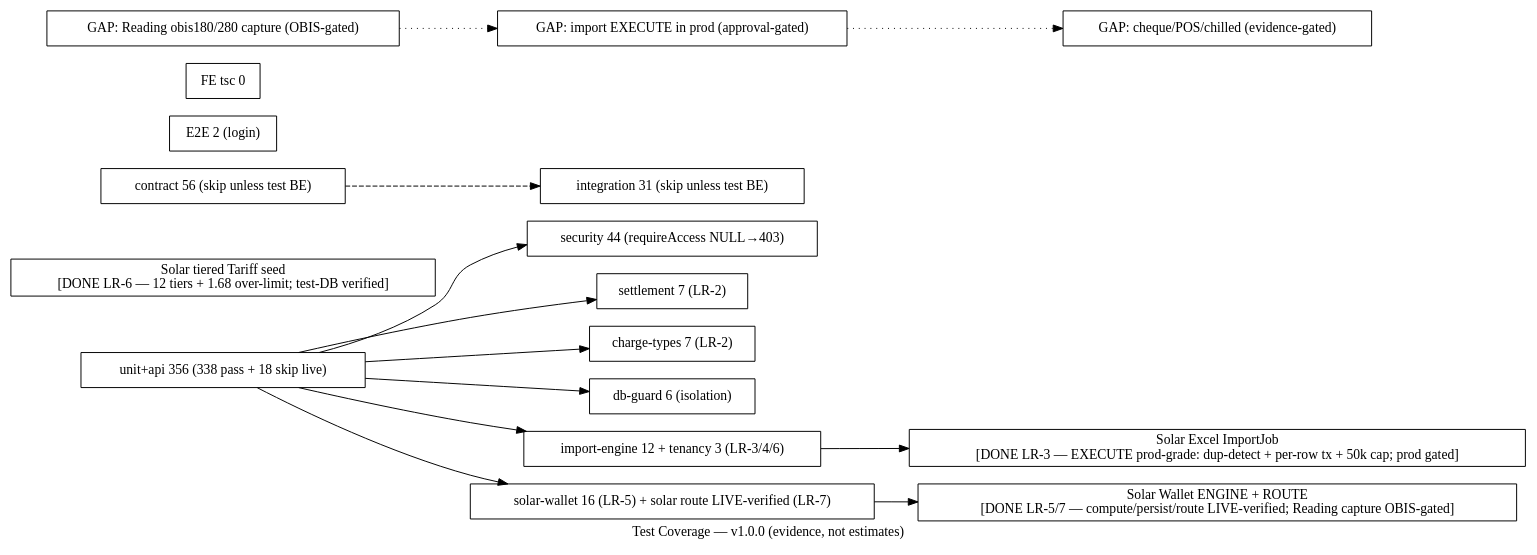
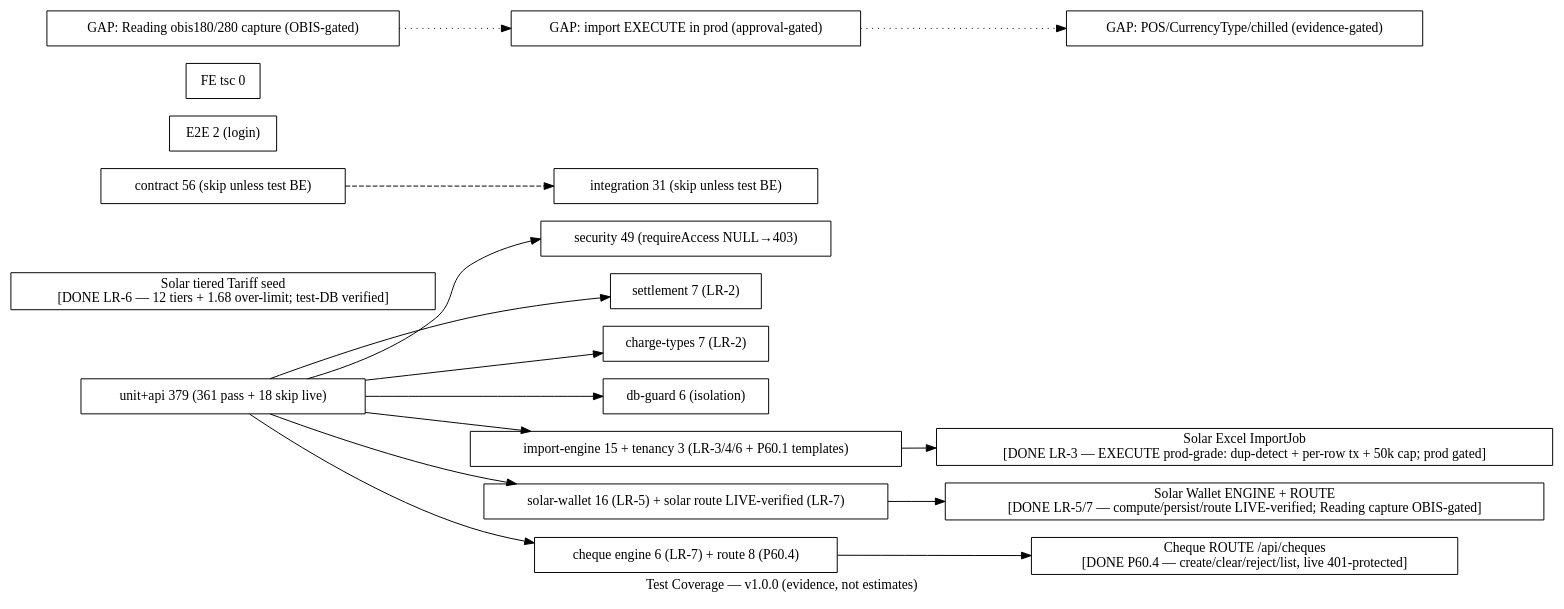
Before and after one commit to Kirllos360/MeterVerse: the diagram in docs/architecture/graph/TEST-COVERAGE.dot, drawn with Graphviz. The commit also changed 8 other files, not shown here.

First line of the commit message:
docs(p60.4): graph/speckit cheque updates + certification artifact + governance

```diff
--- a/docs/architecture/graph/TEST-COVERAGE.dot
+++ b/docs/architecture/graph/TEST-COVERAGE.dot
@@ -1,41 +1,45 @@
 // TEST-COVERAGE graph — P59-C/LR-2A v1.0.0
 // Evidence-based: unit+api 325 total (307 pass + 18 skip), contract 56 skip,
 // integration 31 skip, FE tsc 0. Tenancy + security live-proven.
 digraph TestCov {
   rankdir=LR;
   label="Test Coverage — v1.0.0 (evidence, not estimates)";
 
   node [shape=box fillcolor="#d1f5d3"];
-  UNIT [label="unit+api 356 (338 pass + 18 skip live)"];
-  T_SEC [label="security 44 (requireAccess NULL→403)"];
+  UNIT [label="unit+api 379 (361 pass + 18 skip live)"];
+  T_SEC [label="security 49 (requireAccess NULL→403)"];
   T_SETTLE [label="settlement 7 (LR-2)"];
   T_CHARGE [label="charge-types 7 (LR-2)"];
   T_DBGUARD [label="db-guard 6 (isolation)"];
-  T_IMPORT [label="import-engine 12 + tenancy 3 (LR-3/4/6)"];
+  T_IMPORT [label="import-engine 15 + tenancy 3 (LR-3/4/6 + P60.1 templates)"];
   T_SOLAR [label="solar-wallet 16 (LR-5) + solar route LIVE-verified (LR-7)"];
+  T_CHEQUE [label="cheque engine 6 (LR-7) + route 8 (P60.4)"];
   IMPORT_DONE [label="Solar Excel ImportJob\n[DONE LR-3 — EXECUTE prod-grade: dup-detect + per-row tx + 50k cap; prod gated]" fillcolor="#fef7e0"];
   SOLAR_DONE [label="Solar Wallet ENGINE + ROUTE\n[DONE LR-5/7 — compute/persist/route LIVE-verified; Reading capture OBIS-gated]" fillcolor="#fef7e0"];
   TARIFF_SEED [label="Solar tiered Tariff seed\n[DONE LR-6 — 12 tiers + 1.68 over-limit; test-DB verified]" fillcolor="#fef7e0"];
+  CHEQUE_DONE [label="Cheque ROUTE /api/cheques\n[DONE P60.4 — create/clear/reject/list, live 401-protected]" fillcolor="#fef7e0"];
 
   node [shape=box fillcolor="#fef7e0"];
   CONTRACT [label="contract 56 (skip unless test BE)"];
   INTEG [label="integration 31 (skip unless test BE)"];
   E2E [label="E2E 2 (login)"];
   TSC [label="FE tsc 0"];
 
   node [shape=box fillcolor="#fff1f0"];
   GAP1 [label="GAP: Reading obis180/280 capture (OBIS-gated)"];
   GAP2 [label="GAP: import EXECUTE in prod (approval-gated)"];
-  GAP3 [label="GAP: cheque/POS/chilled (evidence-gated)"];
+  GAP3 [label="GAP: POS/CurrencyType/chilled (evidence-gated)"];
 
   UNIT -> T_SEC;
   UNIT -> T_SETTLE;
   UNIT -> T_CHARGE;
   UNIT -> T_DBGUARD;
   UNIT -> T_IMPORT;
   UNIT -> T_SOLAR;
+  UNIT -> T_CHEQUE;
   T_IMPORT -> IMPORT_DONE;
   T_SOLAR -> SOLAR_DONE;
+  T_CHEQUE -> CHEQUE_DONE;
   CONTRACT -> INTEG [style=dashed];
   GAP1 -> GAP2 -> GAP3 [style=dotted];
 }
```
